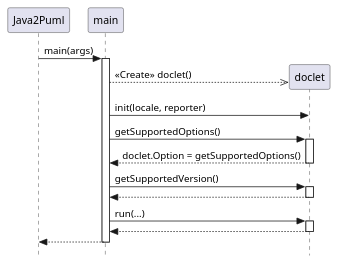
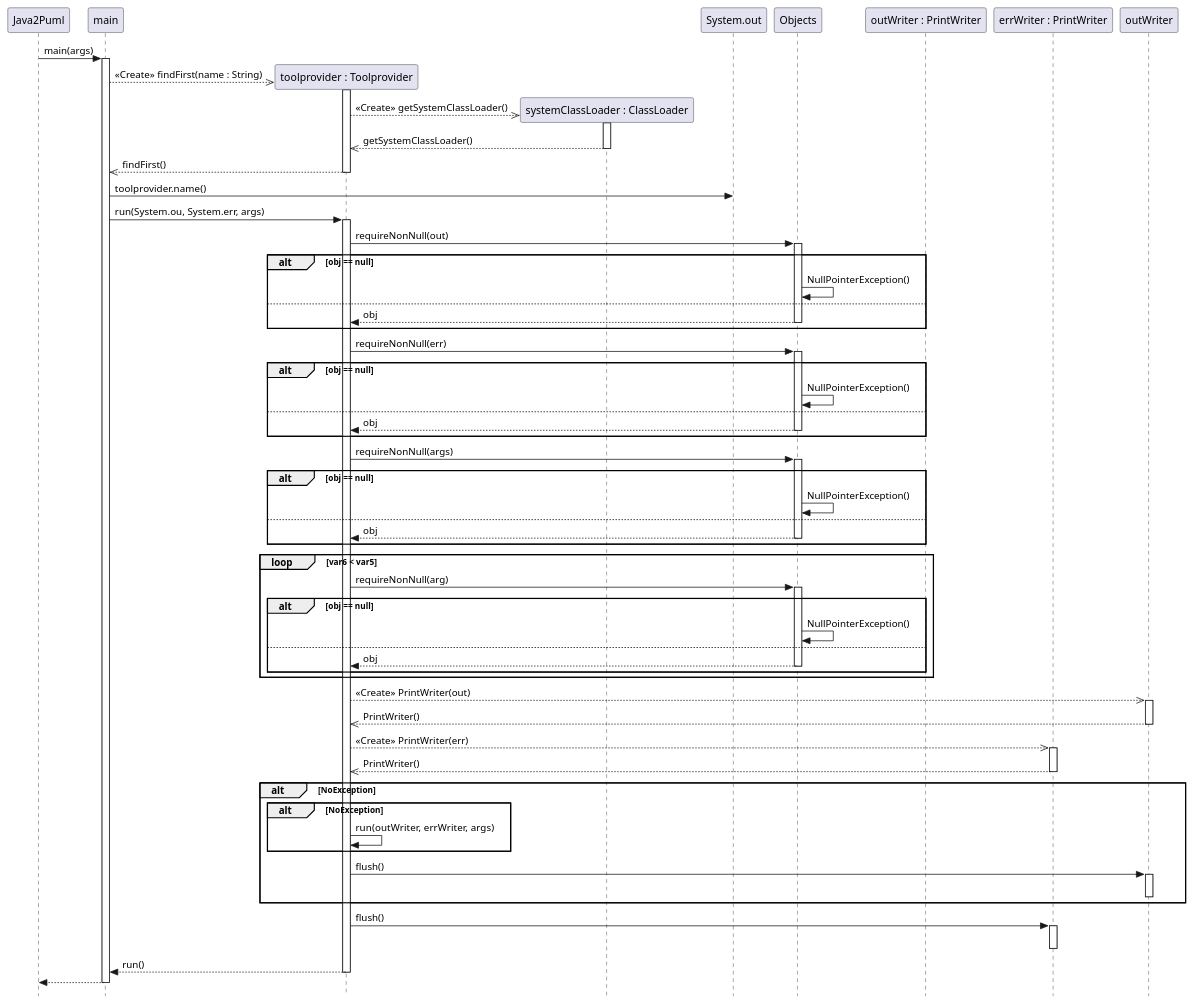
One commit to DimToups/Java-to-PUML-converter changed the diagram in uml/DocletDS.puml. Above: the diagram before and after it, drawn with PlantUML. The commit also changed 1 other file, not shown here.

Commit message:
[Semaine1] Ajout du DS d'appel d'un doclet DocletDS

```diff
--- a/uml/DocletDS.puml
+++ b/uml/DocletDS.puml
@@ -1,20 +1,70 @@
 @startuml
 skinparam style strictuml
 hide footbox
 
 participant Java2Puml
 participant main
-participant doclet
+participant "toolprovider : Toolprovider" as toolprovider
+participant "systemClassLoader : ClassLoader" as systemClassLoader
+participant System.out as sout
+participant Objects
+participant "outWriter : PrintWriter" as outwriter
+participant "errWriter : PrintWriter" as errWriter
 
 Java2Puml -> main ++ : main(args)
-main -->> doclet ** : <<Create>> doclet()
-main -> doclet : init(locale, reporter)
-main -> doclet ++ : getSupportedOptions()
-return doclet.Option = getSupportedOptions()
-main -> doclet ++ : getSupportedVersion()
-return
-main -> doclet ++ : run(...)
-return
+main -->> toolprovider ** : <<Create>> findFirst(name : String)
+toolprovider ++
+toolprovider -->> systemClassLoader ** : <<Create>> getSystemClassLoader()
+systemClassLoader ++
+return getSystemClassLoader()
+return findFirst()
+
+main -> sout : toolprovider.name()
+
+main -> toolprovider ++ : run(System.ou, System.err, args)
+toolprovider -> Objects ++ : requireNonNull(out)
+alt obj == null
+    Objects -> Objects : NullPointerException()
+else
+    return obj
+end
+toolprovider -> Objects ++ : requireNonNull(err)
+alt obj == null
+    Objects -> Objects : NullPointerException()
+else
+    return obj
+end
+toolprovider -> Objects ++ : requireNonNull(args)
+alt obj == null
+    Objects -> Objects : NullPointerException()
+else
+    return obj
+end
+
+loop var6 < var5
+    toolprovider -> Objects ++ : requireNonNull(arg)
+    alt obj == null
+        Objects -> Objects : NullPointerException()
+    else
+        return obj
+    end
+end
+toolprovider -->> outWriter ++ : <<Create>> PrintWriter(out)
+return PrintWriter()
+toolprovider -->> errWriter ++ : <<Create>> PrintWriter(err)
+return PrintWriter()
+alt NoException
+    alt NoException
+        toolprovider -> toolprovider : run(outWriter, errWriter, args)
+    end
+    toolprovider -> outWriter ++ : flush()
+    deactivate outWriter
+end
+toolprovider -> errWriter ++ : flush()
+
+deactivate errWriter
+return run()
+
 return
 
 @enduml
```
